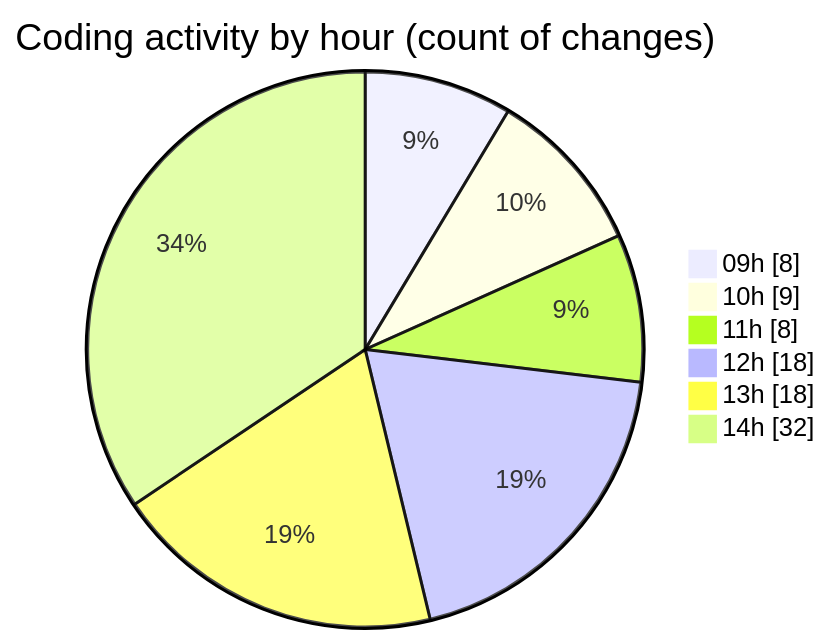
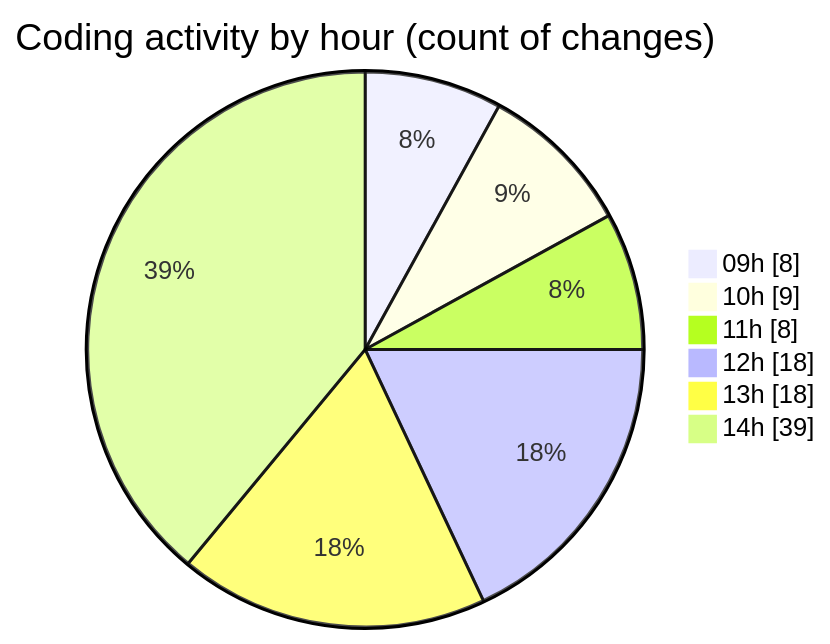
The second of 2 diagrams in 2025-02-25/cda/README.md (momahboobian/code-tracking), drawn with Mermaid before and after one commit. The commit also changed other lines of this file and 1 other file, not shown here.

````diff
--- a/2025-02-25/cda/README.md
+++ b/2025-02-25/cda/README.md
@@ -46,10 +47,10 @@
 ```mermaid
 pie showData
 title Coding activity by hour (count of changes)
 "09h" : 8
 "10h" : 9
 "11h" : 8
 "12h" : 18
 "13h" : 18
-"14h" : 32
+"14h" : 39
 ```
````
